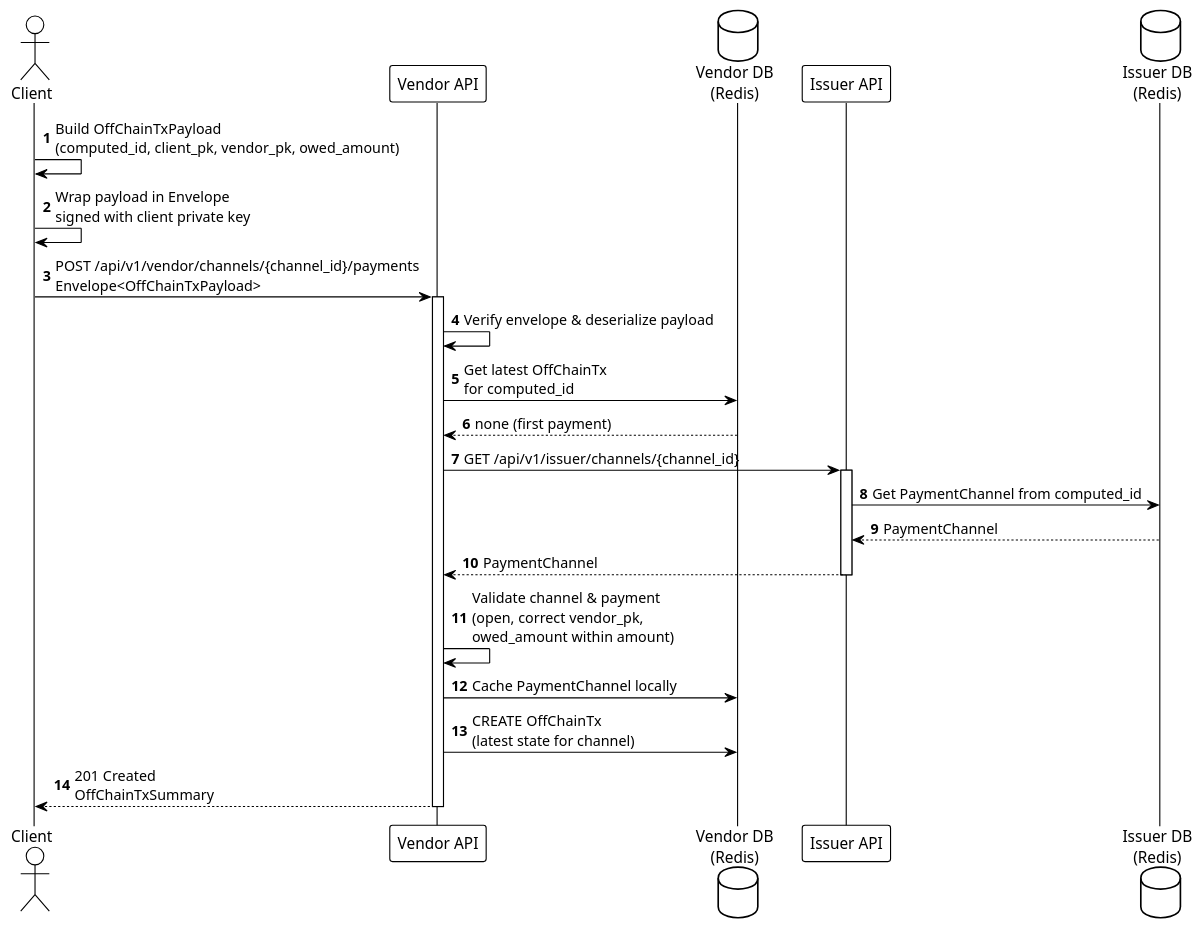
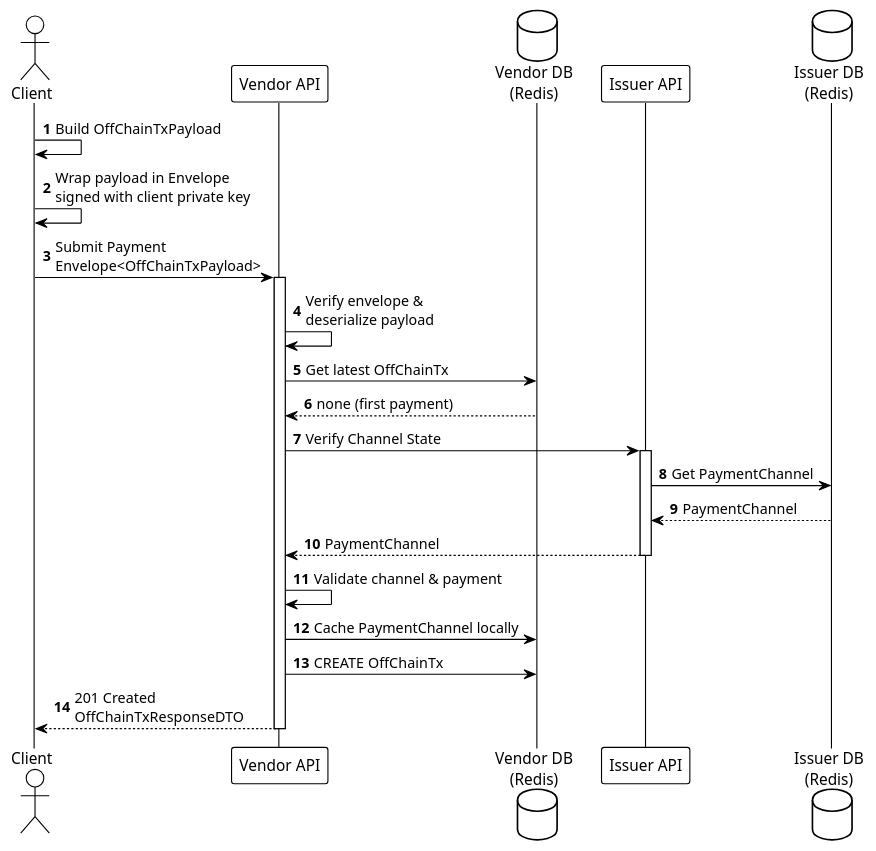
The diagram in umls/phase2a-first-payment.puml (otaviootavio/nanomoni), drawn with PlantUML before and after one commit. The commit also changed 6 other files, not shown here.

Commit message:
update uml

```diff
--- a/umls/phase2a-first-payment.puml
+++ b/umls/phase2a-first-payment.puml
@@ -1,39 +1,39 @@
 @startuml Phase2a_First_Payment
 
 !theme plain
 autonumber
 
 actor "Client" as Client
 participant "Vendor API" as Vendor
 database "Vendor DB\n(Redis)" as VendorDB
 participant "Issuer API" as Issuer
 database "Issuer DB\n(Redis)" as IssuerDB
 
-Client -> Client: Build OffChainTxPayload\n(computed_id, client_pk, vendor_pk, owed_amount)
+Client -> Client: Build OffChainTxPayload
 Client -> Client: Wrap payload in Envelope\nsigned with client private key
 
-Client -> Vendor: POST /api/v1/vendor/channels/{channel_id}/payments\nEnvelope<OffChainTxPayload>
+Client -> Vendor: Submit Payment\nEnvelope<OffChainTxPayload>
 activate Vendor
 
-Vendor -> Vendor: Verify envelope & deserialize payload
+Vendor -> Vendor: Verify envelope &\ndeserialize payload
 
-Vendor -> VendorDB: Get latest OffChainTx\nfor computed_id
+Vendor -> VendorDB: Get latest OffChainTx
 VendorDB --> Vendor: none (first payment)
 
-Vendor -> Issuer: GET /api/v1/issuer/channels/{channel_id}
+Vendor -> Issuer: Verify Channel State
 activate Issuer
-Issuer -> IssuerDB: Get PaymentChannel from computed_id
+Issuer -> IssuerDB: Get PaymentChannel
 IssuerDB --> Issuer: PaymentChannel
 Issuer --> Vendor: PaymentChannel
 deactivate Issuer
 
-Vendor -> Vendor: Validate channel & payment\n(open, correct vendor_pk, \nowed_amount within amount)
+Vendor -> Vendor: Validate channel & payment
 
 Vendor -> VendorDB: Cache PaymentChannel locally
 
-Vendor -> VendorDB: CREATE OffChainTx\n(latest state for channel)
+Vendor -> VendorDB: CREATE OffChainTx
 
-Vendor --> Client: 201 Created\nOffChainTxSummary
+Vendor --> Client: 201 Created\nOffChainTxResponseDTO
 deactivate Vendor
 
 @enduml
```
